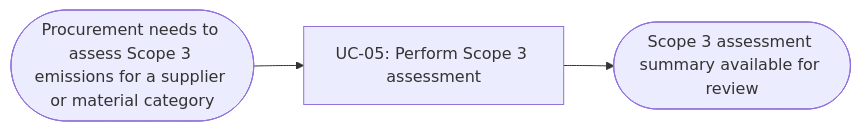
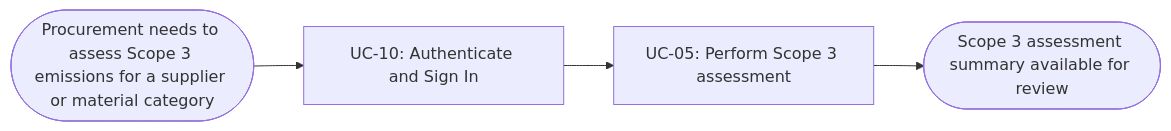
The second of 12 diagrams in docs/external-design/usage-flow.md (vankhanhnh-bag/HPDQ-CBAM-system), drawn with Mermaid before and after one commit. The commit also changed other lines of this file, not shown here.

Commit message:
usage-flow.md

````diff
--- a/docs/external-design/usage-flow.md
+++ b/docs/external-design/usage-flow.md
@@ -46,7 +32,8 @@
 ```mermaid
 flowchart LR
   A(["Procurement needs to assess Scope 3 emissions for a supplier or material category"])
-  U1["UC-05: Perform Scope 3 assessment"]
+  U1["UC-10: Authenticate and Sign In"]
+  U2["UC-05: Perform Scope 3 assessment"]
   Z(["Scope 3 assessment summary available for review"])
-  A --> U1 --> Z
+  A --> U1 --> U2 --> Z
 ```
````
